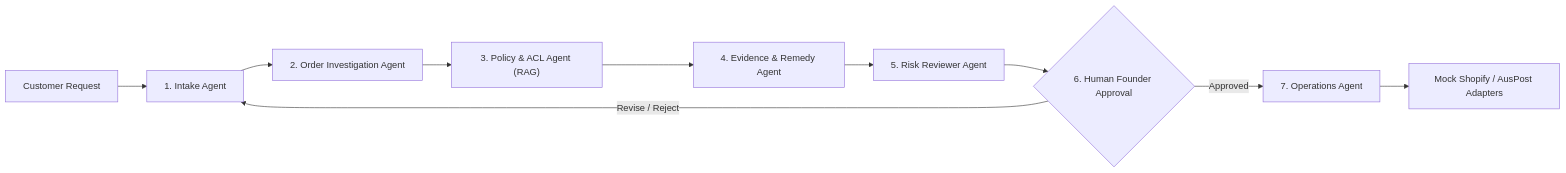
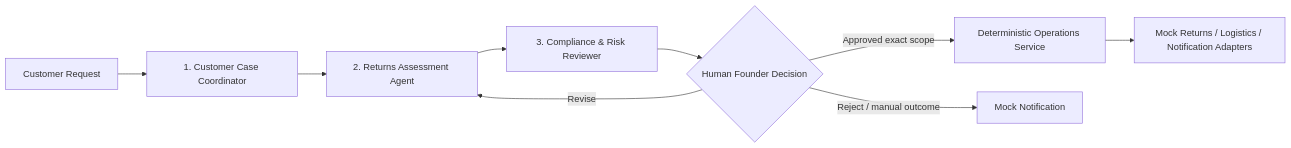
The diagram in AGENTS.md (shuxiachai/returnops-au), drawn with Mermaid before and after one commit. The commit also changed other lines of this file and 2 other files, not shown here.

````diff
--- a/AGENTS.md
+++ b/AGENTS.md
@@ -47,12 +56,11 @@
 ```mermaid
 flowchart LR
-    Customer["Customer Request"] --> Intake["1. Intake Agent"]
-    Intake --> Order["2. Order Investigation Agent"]
-    Order --> Policy["3. Policy & ACL Agent (RAG)"]
-    Policy --> Evidence["4. Evidence & Remedy Agent"]
-    Evidence --> Risk["5. Risk Reviewer Agent"]
-    Risk --> Founder{"6. Human Founder Approval"}
-    Founder -- "Approved" --> Ops["7. Operations Agent"]
-    Founder -- "Revise / Reject" --> Intake
-    Ops --> Tools["Mock Shopify / AusPost Adapters"]
+    Customer["Customer Request"] --> Intake["1. Customer Case Coordinator"]
+    Intake --> Assessment["2. Returns Assessment Agent"]
+    Assessment --> Risk["3. Compliance & Risk Reviewer"]
+    Risk --> Founder{"Human Founder Decision"}
+    Founder -- "Approved exact scope" --> Ops["Deterministic Operations Service"]
+    Founder -- "Revise" --> Assessment
+    Founder -- "Reject / manual outcome" --> Notify["Mock Notification"]
+    Ops --> Tools["Mock Returns / Logistics / Notification Adapters"]
 ```
````
